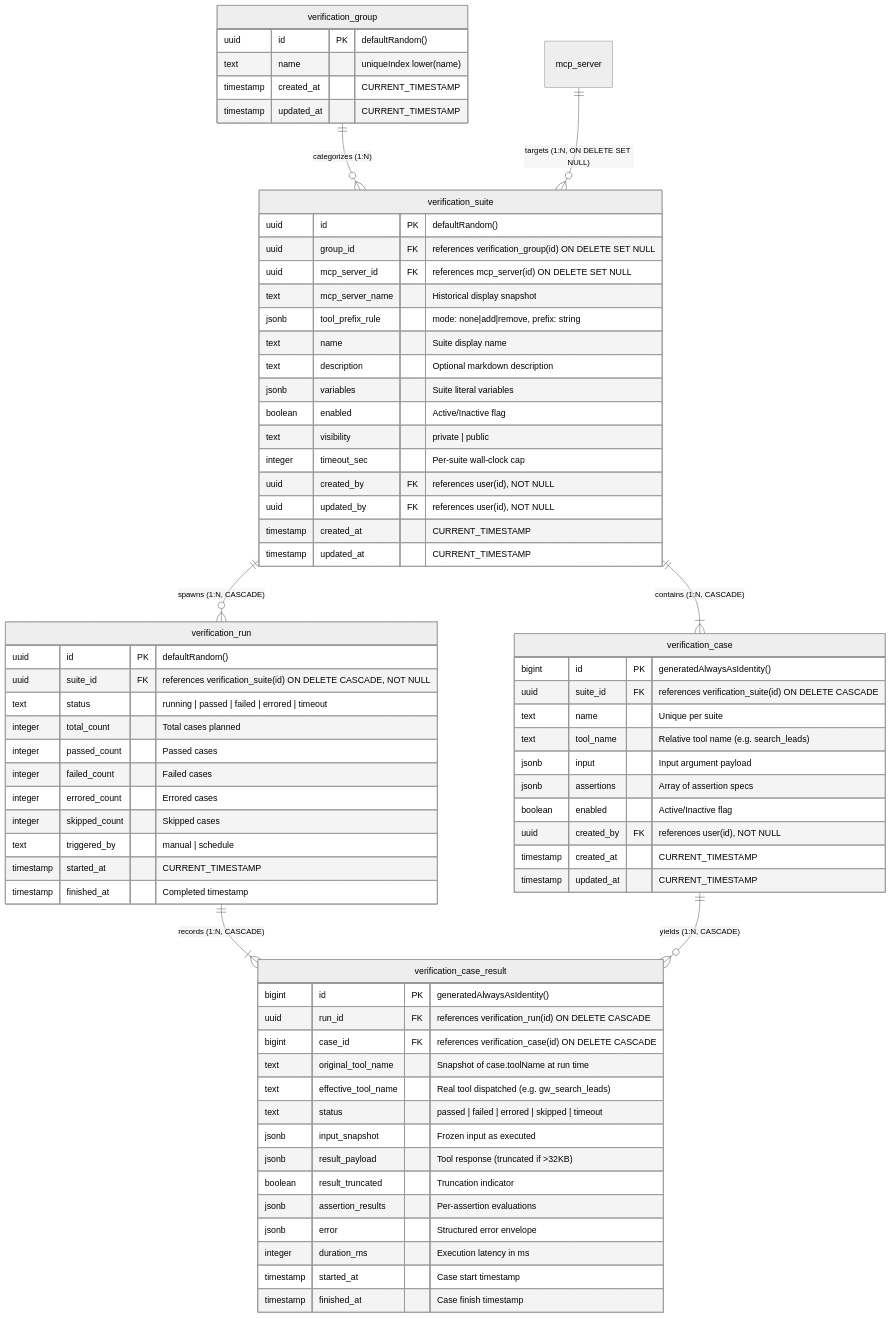
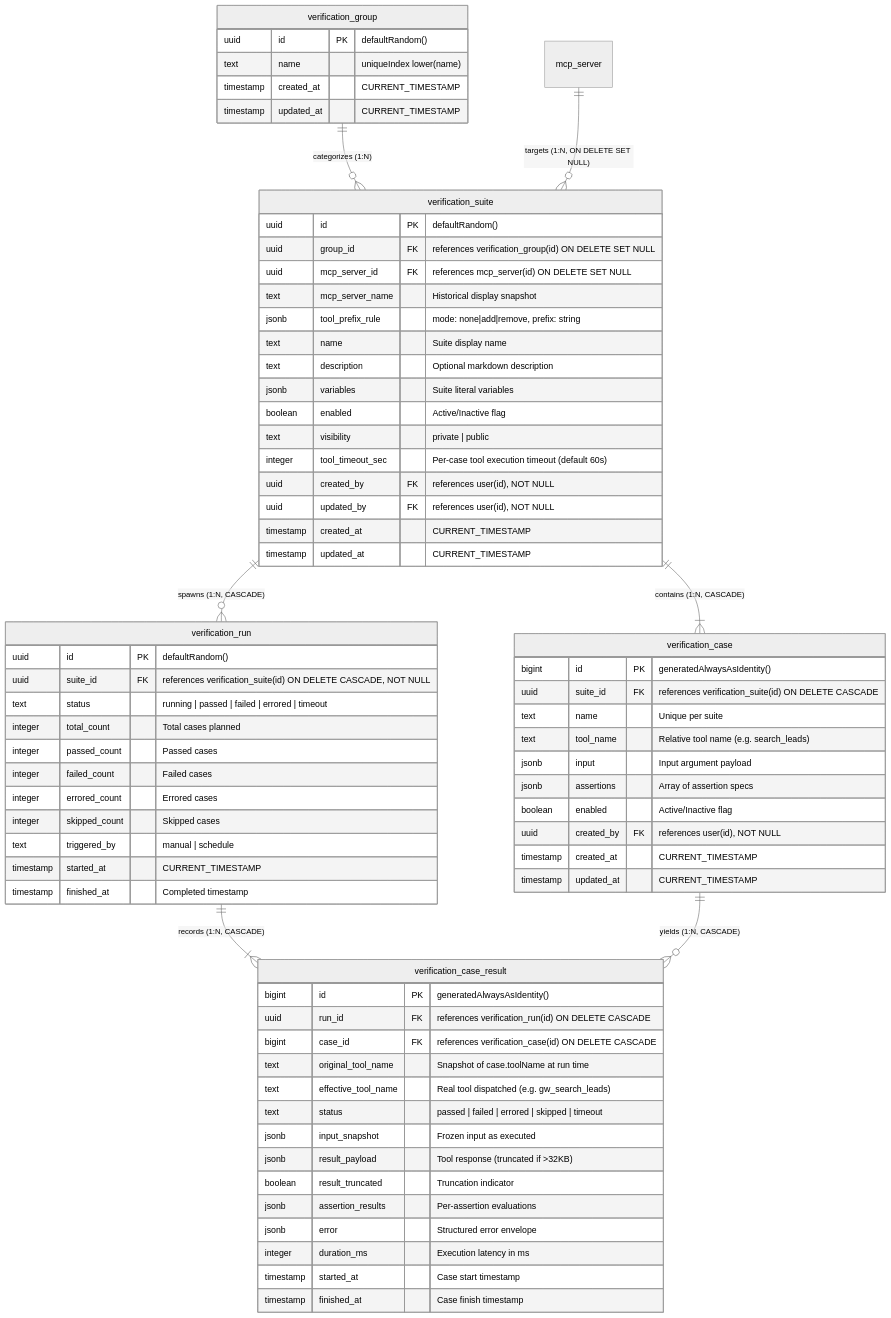
One commit to GavinZha0/Nango changed the diagram in docs/verification.md. Above: the diagram before and after it, drawn with Mermaid (neutral theme). The commit also changed other lines of this file and 41 other files, not shown here.

````diff
--- a/docs/verification.md
+++ b/docs/verification.md
@@ -56,78 +56,78 @@
 ```mermaid
 erDiagram
     verification_group ||--o{ verification_suite : "categorizes (1:N)"
     mcp_server ||--o{ verification_suite : "targets (1:N, ON DELETE SET NULL)"
     verification_suite ||--|{ verification_case : "contains (1:N, CASCADE)"
     verification_suite ||--o{ verification_run : "spawns (1:N, CASCADE)"
     verification_run ||--|{ verification_case_result : "records (1:N, CASCADE)"
     verification_case ||--o{ verification_case_result : "yields (1:N, CASCADE)"
 
     verification_group {
         uuid id PK "defaultRandom()"
         text name "uniqueIndex lower(name)"
         timestamp created_at "CURRENT_TIMESTAMP"
         timestamp updated_at "CURRENT_TIMESTAMP"
     }
 
     verification_suite {
         uuid id PK "defaultRandom()"
         uuid group_id FK "references verification_group(id) ON DELETE SET NULL"
         uuid mcp_server_id FK "references mcp_server(id) ON DELETE SET NULL"
         text mcp_server_name "Historical display snapshot"
         jsonb tool_prefix_rule "mode: none|add|remove, prefix: string"
         text name "Suite display name"
         text description "Optional markdown description"
         jsonb variables "Suite literal variables"
         boolean enabled "Active/Inactive flag"
         text visibility "private | public"
-        integer timeout_sec "Per-suite wall-clock cap"
+        integer tool_timeout_sec "Per-case tool execution timeout (default 60s)"
         uuid created_by FK "references user(id), NOT NULL"
         uuid updated_by FK "references user(id), NOT NULL"
         timestamp created_at "CURRENT_TIMESTAMP"
         timestamp updated_at "CURRENT_TIMESTAMP"
     }
 
     verification_case {
         bigint id PK "generatedAlwaysAsIdentity()"
         uuid suite_id FK "references verification_suite(id) ON DELETE CASCADE"
         text name "Unique per suite"
         text tool_name "Relative tool name (e.g. search_leads)"
         jsonb input "Input argument payload"
         jsonb assertions "Array of assertion specs"
         boolean enabled "Active/Inactive flag"
         uuid created_by FK "references user(id), NOT NULL"
         timestamp created_at "CURRENT_TIMESTAMP"
         timestamp updated_at "CURRENT_TIMESTAMP"
     }
 
     verification_run {
         uuid id PK "defaultRandom()"
         uuid suite_id FK "references verification_suite(id) ON DELETE CASCADE, NOT NULL"
         text status "running | passed | failed | errored | timeout"
         integer total_count "Total cases planned"
         integer passed_count "Passed cases"
         integer failed_count "Failed cases"
         integer errored_count "Errored cases"
         integer skipped_count "Skipped cases"
         text triggered_by "manual | schedule"
         timestamp started_at "CURRENT_TIMESTAMP"
         timestamp finished_at "Completed timestamp"
     }
 
     verification_case_result {
         bigint id PK "generatedAlwaysAsIdentity()"
         uuid run_id FK "references verification_run(id) ON DELETE CASCADE"
         bigint case_id FK "references verification_case(id) ON DELETE CASCADE"
         text original_tool_name "Snapshot of case.toolName at run time"
         text effective_tool_name "Real tool dispatched (e.g. gw_search_leads)"
         text status "passed | failed | errored | skipped | timeout"
         jsonb input_snapshot "Frozen input as executed"
         jsonb result_payload "Tool response (truncated if >32KB)"
         boolean result_truncated "Truncation indicator"
         jsonb assertion_results "Per-assertion evaluations"
         jsonb error "Structured error envelope"
         integer duration_ms "Execution latency in ms"
         timestamp started_at "Case start timestamp"
         timestamp finished_at "Case finish timestamp"
     }
 ```
````
